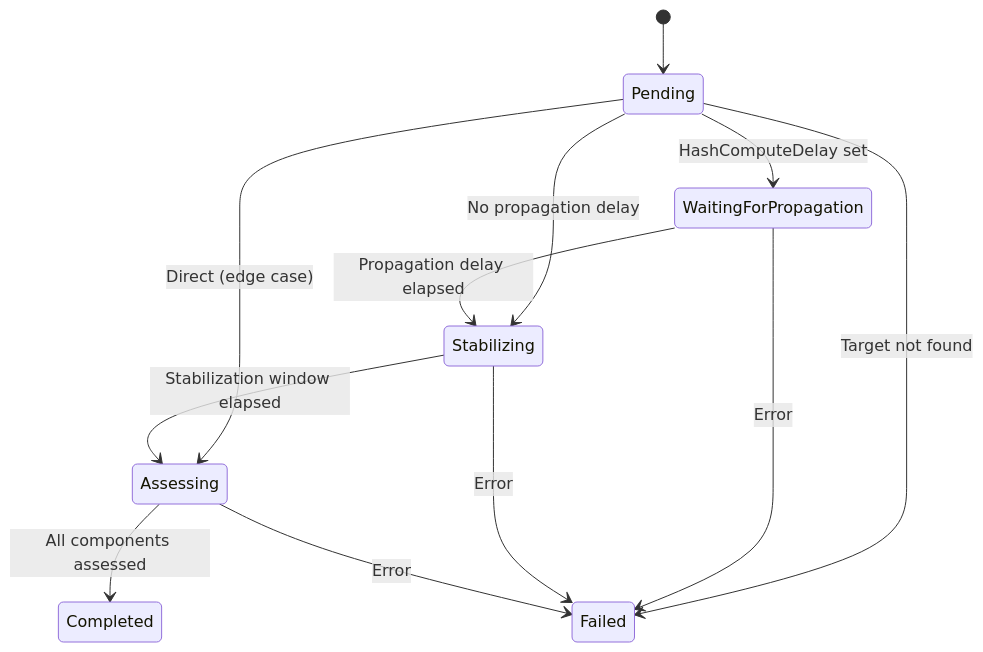
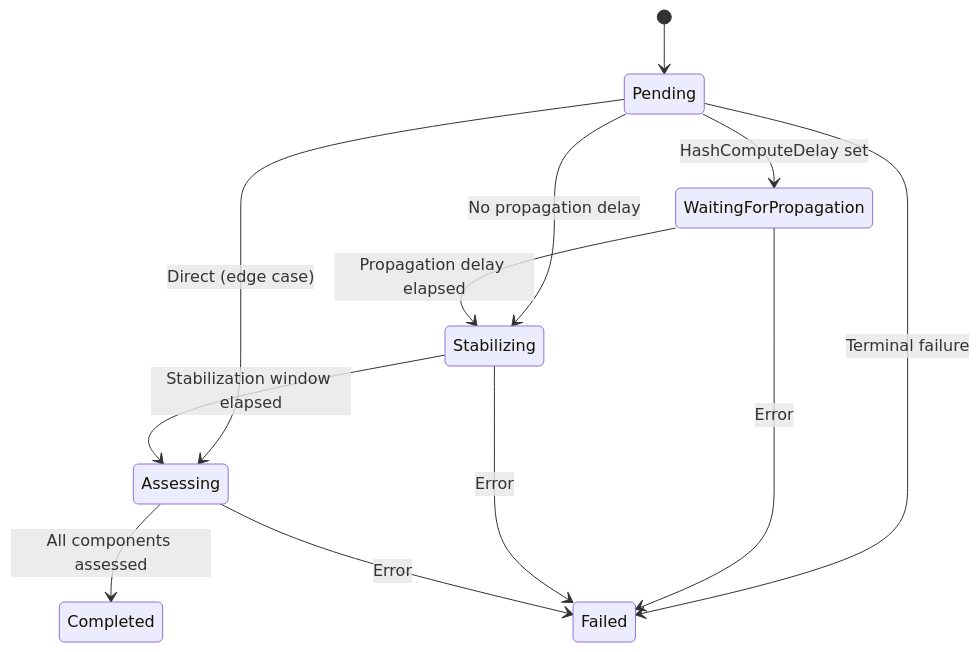
The first of 2 diagrams in docs/architecture/effectiveness.md (jordigilh/kubernaut-docs), drawn with Mermaid before and after one commit. The commit also changed other lines of this file and 58 other files, not shown here.

````diff
--- a/docs/architecture/effectiveness.md
+++ b/docs/architecture/effectiveness.md
@@ -17,14 +20,14 @@
 ```mermaid
 stateDiagram-v2
     [*] --> Pending
     Pending --> WaitingForPropagation : HashComputeDelay set
     Pending --> Stabilizing : No propagation delay
     Pending --> Assessing : Direct (edge case)
-    Pending --> Failed : Target not found
+    Pending --> Failed : Terminal failure
     WaitingForPropagation --> Stabilizing : Propagation delay elapsed
     WaitingForPropagation --> Failed : Error
     Stabilizing --> Assessing : Stabilization window elapsed
     Stabilizing --> Failed : Error
     Assessing --> Completed : All components assessed
     Assessing --> Failed : Error
 ```
````
